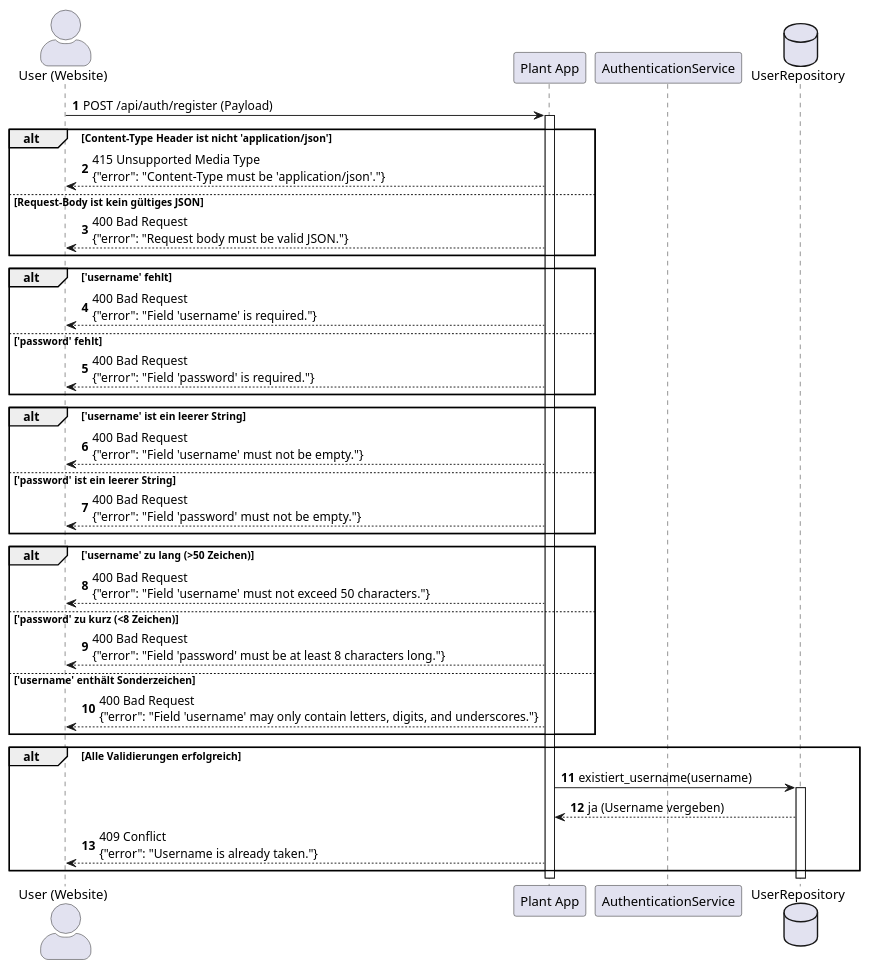
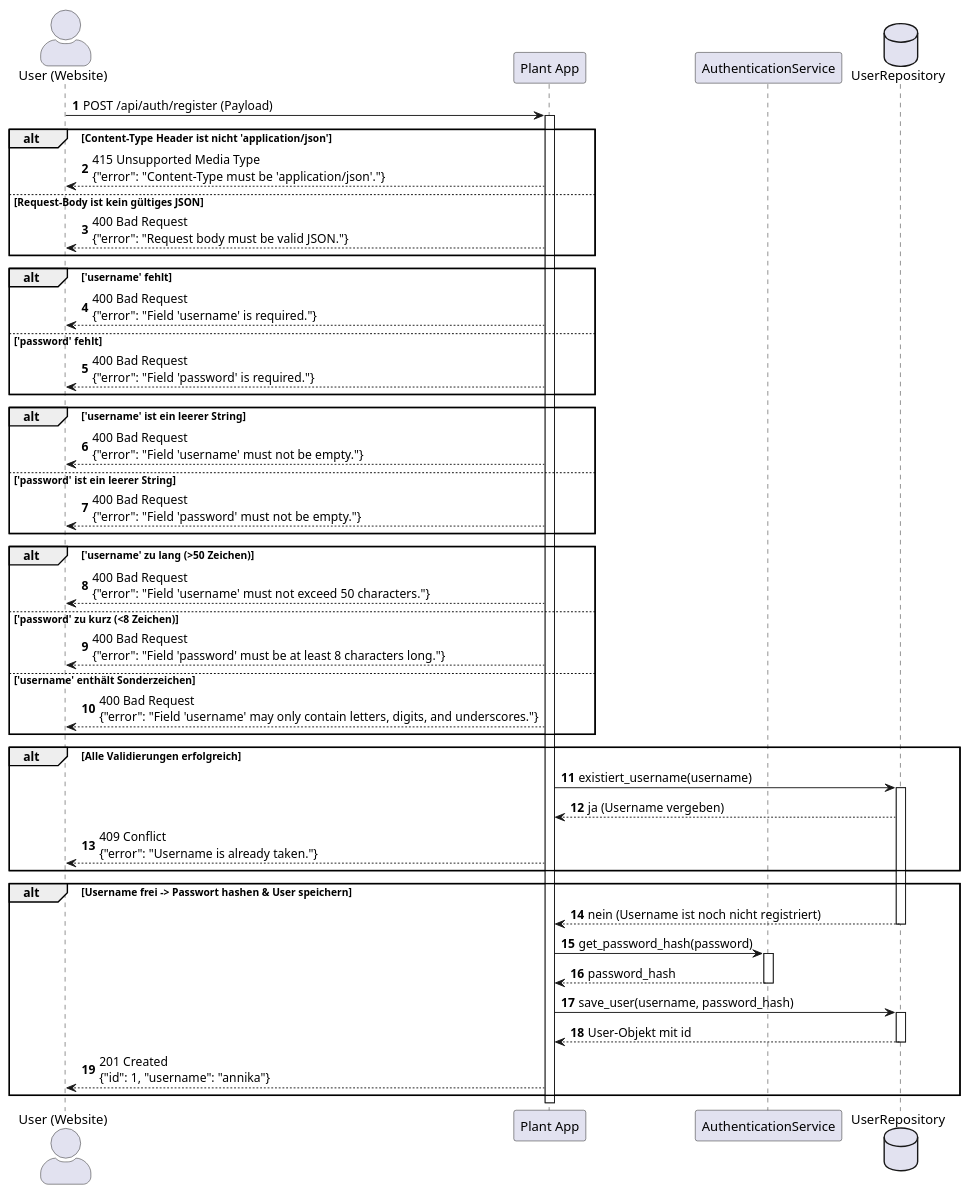
The diagram in diagrams/user_registration.puml (Annika-Ostendorp/pflanzenkalender-teil-2), drawn with PlantUML before and after one commit.

Commit message:
Add happy path user registration to sequence diagram

```diff
--- a/diagrams/user_registration.puml
+++ b/diagrams/user_registration.puml
@@ -1,58 +1,77 @@
 @startuml user_registration
 skinparam actorStyle awesome
 
 autonumber
 
 actor "User (Website)" as User
 participant "Plant App" as App
 participant "AuthenticationService" as Service
 database "UserRepository" as Repo
 
 'Daten werden per POST an Server (App) geschickt & verarbeitet'
 User -> App : POST /api/auth/register (Payload)
 activate App
 
 'Strukturelle Error Cases'
 alt Content-Type Header ist nicht 'application/json'
     App --> User : 415 Unsupported Media Type\n{"error": "Content-Type must be 'application/json'."}
 
 else Request-Body ist kein gültiges JSON
     App --> User : 400 Bad Request\n{"error": "Request body must be valid JSON."}
 end
 
 'Fehlende Felder'
 alt 'username' fehlt
     App --> User : 400 Bad Request\n{"error": "Field 'username' is required."}
 
 else 'password' fehlt
     App --> User : 400 Bad Request\n{"error": "Field 'password' is required."}
 end
 
 'Ungültige Felder (leer)'
 alt 'username' ist ein leerer String
     App --> User : 400 Bad Request\n{"error": "Field 'username' must not be empty."}
 
 else 'password' ist ein leerer String
     App --> User : 400 Bad Request\n{"error": "Field 'password' must not be empty."}
 end
 
 'Inkorrekte Felder (Zeichenlänge unter-/überschritten & Sonderzeichen)'
 alt 'username' zu lang (>50 Zeichen)
     App --> User : 400 Bad Request\n{"error": "Field 'username' must not exceed 50 characters."}
 
 else 'password' zu kurz (<8 Zeichen)
     App --> User : 400 Bad Request\n{"error": "Field 'password' must be at least 8 characters long."}
 
 else 'username' enthält Sonderzeichen
     App --> User : 400 Bad Request\n{"error": "Field 'username' may only contain letters, digits, and underscores."}
 end
 
 'Wenn alle Validierungen erfolgreich sind --> weiter zu Repo
 alt Alle Validierungen erfolgreich
     'App stellt Anfrage an Repo, ob Username bereits existiert'
     App -> Repo : existiert_username(username)
     activate Repo
     Repo --> App : ja (Username vergeben)
     App --> User : 409 Conflict\n{"error": "Username is already taken."}
 end
+
+'Username ist noch nicht registriert'
+alt Username frei -> Passwort hashen & User speichern
+    Repo --> App : nein (Username ist noch nicht registriert)
+    deactivate Repo
+
+    App -> Service : get_password_hash(password)
+    activate Service
+    Service --> App : password_hash
+    deactivate Service
+
+    App -> Repo : save_user(username, password_hash)
+    activate Repo
+    Repo --> App : User-Objekt mit id
+    deactivate Repo
+
+    App --> User : 201 Created\n{"id": 1, "username": "annika"}
+end
+
 @enduml
```
